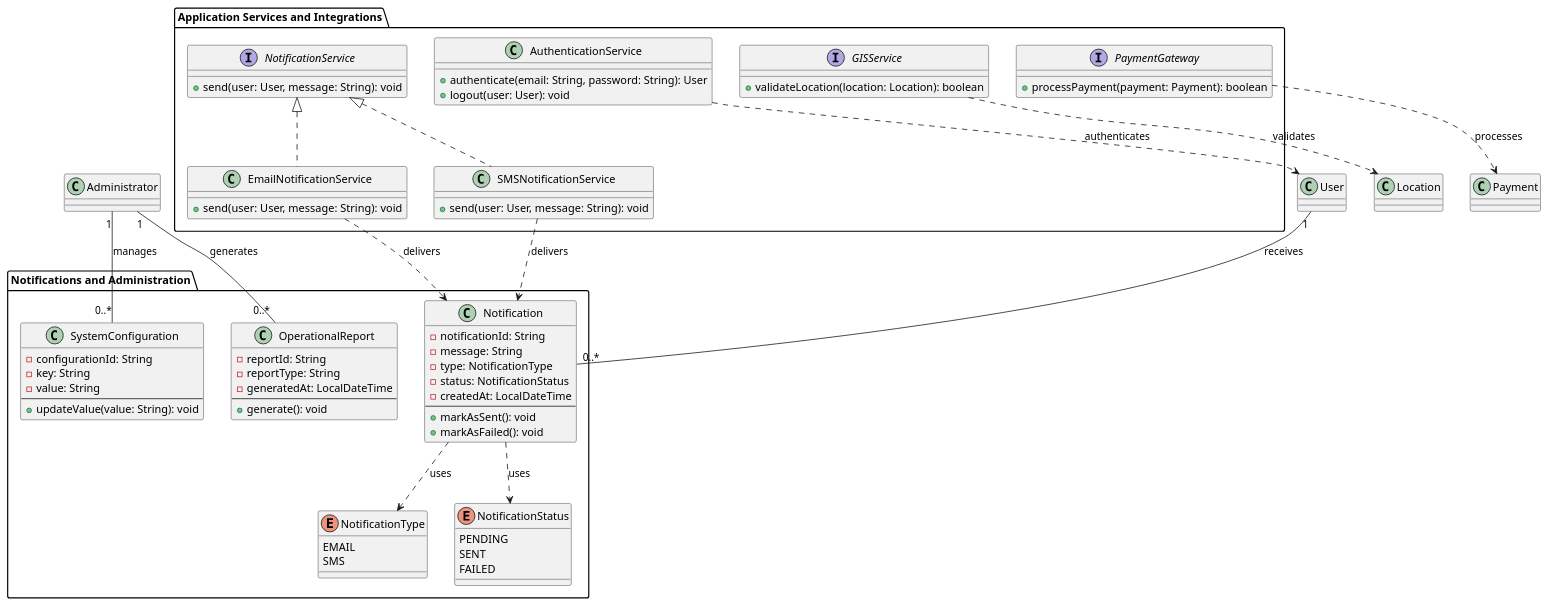
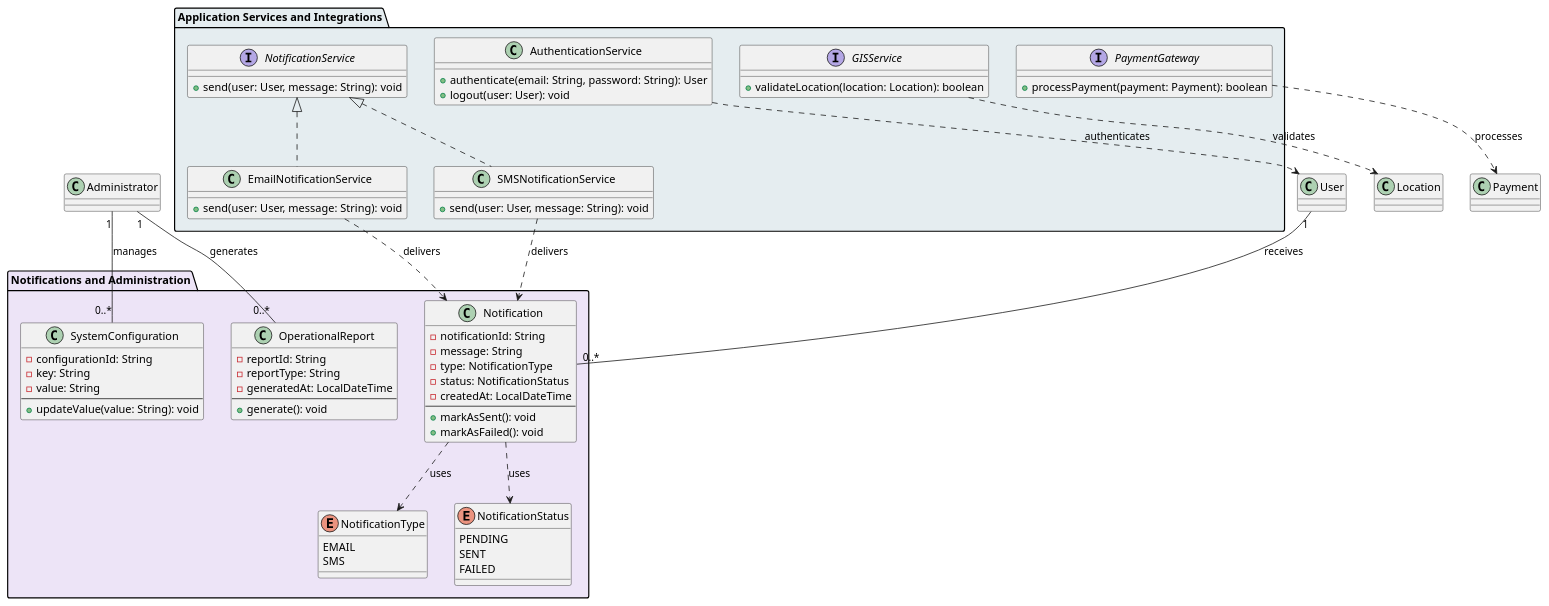
One commit to gg-sajanbasnet/ICT602-MEL_S2_2026-1 changed the diagram in docs/uml/modules/notification-admin.puml. Above: the diagram before and after it, drawn with PlantUML. The commit also changed 12 other files, not shown here.

Commit message:
docs(architecture): finalise whole-platform architecture

```diff
--- a/docs/uml/modules/notification-admin.puml
+++ b/docs/uml/modules/notification-admin.puml
@@ -1,105 +1,105 @@
 
 ' =========================================
 ' NOTIFICATIONS AND ADMINISTRATION
 ' =========================================
 
-package "Notifications and Administration" {
+package "Notifications and Administration" #EDE4F7 {
 
   class Notification {
     - notificationId: String
     - message: String
     - type: NotificationType
     - status: NotificationStatus
     - createdAt: LocalDateTime
     --
     + markAsSent(): void
     + markAsFailed(): void
   }
 
   enum NotificationType {
     EMAIL
     SMS
   }
 
   enum NotificationStatus {
     PENDING
     SENT
     FAILED
   }
 
   class SystemConfiguration {
     - configurationId: String
     - key: String
     - value: String
     --
     + updateValue(value: String): void
   }
 
   class OperationalReport {
     - reportId: String
     - reportType: String
     - generatedAt: LocalDateTime
     --
     + generate(): void
   }
 }
 
 ' =========================================
 ' APPLICATION SERVICES AND INTEGRATIONS
 ' =========================================
 
-package "Application Services and Integrations" {
+package "Application Services and Integrations" #E5EDF0 {
 
   interface NotificationService {
     + send(user: User, message: String): void
   }
 
   class EmailNotificationService {
     + send(user: User, message: String): void
   }
 
   class SMSNotificationService {
     + send(user: User, message: String): void
   }
 
   class AuthenticationService {
     + authenticate(email: String, password: String): User
     + logout(user: User): void
   }
 
   interface GISService {
     + validateLocation(location: Location): boolean
   }
 
   interface PaymentGateway {
     + processPayment(payment: Payment): boolean
   }
 }
 
 ' =========================================
 ' RELATIONSHIPS
 ' =========================================
 
 ' User notifications
 User "1" -- "0..*" Notification : receives
 
 Notification ..> NotificationType : uses
 Notification ..> NotificationStatus : uses
 
 ' Notification implementations
 NotificationService <|.. EmailNotificationService
 NotificationService <|.. SMSNotificationService
 
 EmailNotificationService ..> Notification : delivers
 SMSNotificationService ..> Notification : delivers
 
 ' Authentication
 AuthenticationService ..> User : authenticates
 
 ' Administration
 Administrator "1" -- "0..*" SystemConfiguration : manages
 Administrator "1" -- "0..*" OperationalReport : generates
 
 ' External integrations
 GISService ..> Location : validates
 PaymentGateway ..> Payment : processes
```
